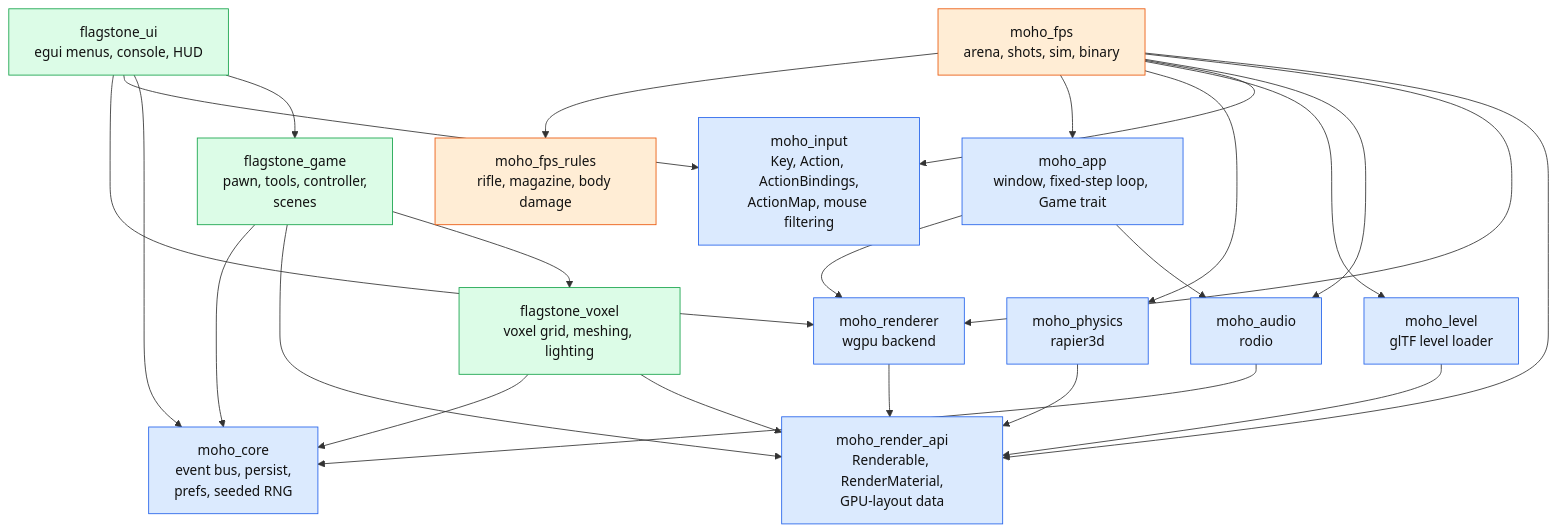
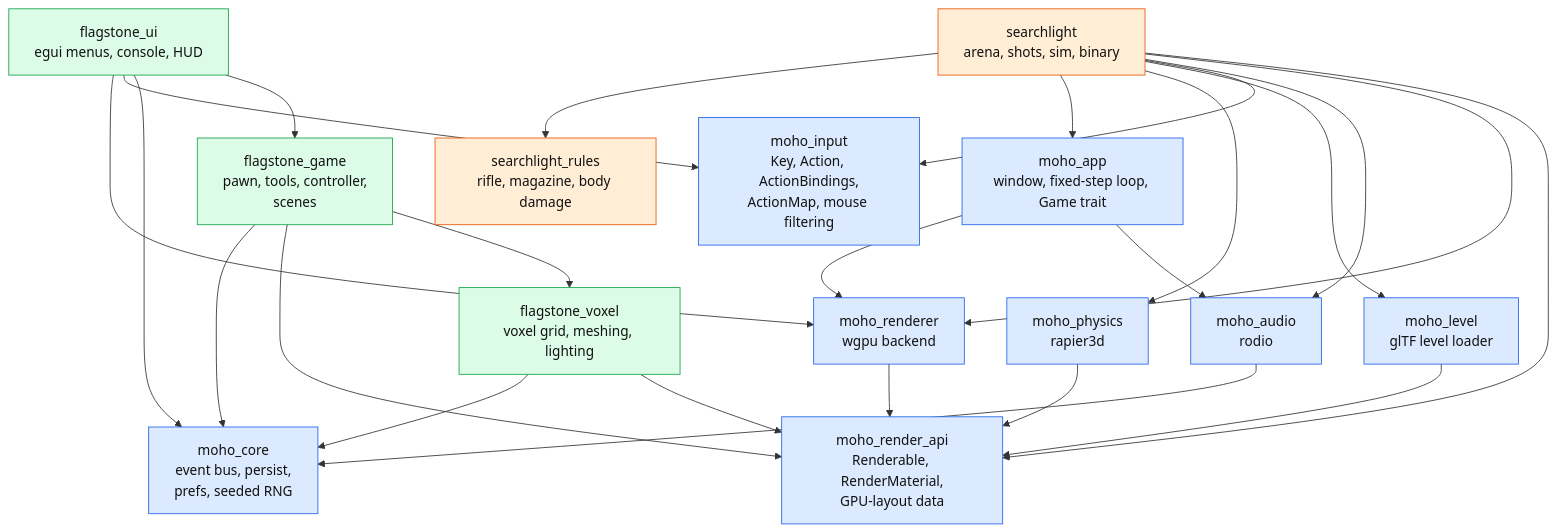
Before and after one commit to WrackedFella/moho: the first of 3 diagrams in wiki/architecture/overview.md, drawn with Mermaid. The commit also changed other lines of this file and 56 other files, not shown here.

First line of the commit message:
feat(searchlight): the FPS line builds and runs as searchlight (ENG-F27-01)

````diff
--- a/wiki/architecture/overview.md
+++ b/wiki/architecture/overview.md
@@ -17,31 +17,31 @@
 ```mermaid
 flowchart TD
     ui["flagstone_ui<br/>egui menus, console, HUD"]:::strategy
     game["flagstone_game<br/>pawn, tools, controller,<br/>scenes"]:::strategy
     voxel["flagstone_voxel<br/>voxel grid, meshing, lighting"]:::strategy
 
     renderer["moho_renderer<br/>wgpu backend"]:::engine
     rapi["moho_render_api<br/>Renderable, RenderMaterial,<br/>GPU-layout data"]:::engine
     core["moho_core<br/>event bus, persist,<br/>prefs, seeded RNG"]:::engine
     audio["moho_audio<br/>rodio"]:::engine
     physics["moho_physics<br/>rapier3d"]:::engine
     input["moho_input<br/>Key, Action, ActionBindings,<br/>ActionMap, mouse filtering"]:::engine
     app["moho_app<br/>window, fixed-step loop, Game trait"]:::engine
     level["moho_level<br/>glTF level loader"]:::engine
-    fps["moho_fps_rules<br/>rifle, magazine, body damage"]:::fps
-    fpsgame["moho_fps<br/>arena, shots, sim, binary"]:::fps
+    fps["searchlight_rules<br/>rifle, magazine, body damage"]:::fps
+    fpsgame["searchlight<br/>arena, shots, sim, binary"]:::fps
 
     ui --> renderer & input & core & game
     game --> core & rapi & voxel
     voxel --> core & rapi
     renderer --> rapi
     app --> renderer & audio
     audio --> core
     physics --> rapi
     level --> rapi
     fpsgame --> fps & app & physics & level & input & audio & renderer & rapi
 
     classDef engine fill:#dbeafe,stroke:#2563eb,color:#111
     classDef strategy fill:#dcfce7,stroke:#16a34a,color:#111
     classDef fps fill:#ffedd5,stroke:#ea580c,color:#111
 ```
````
